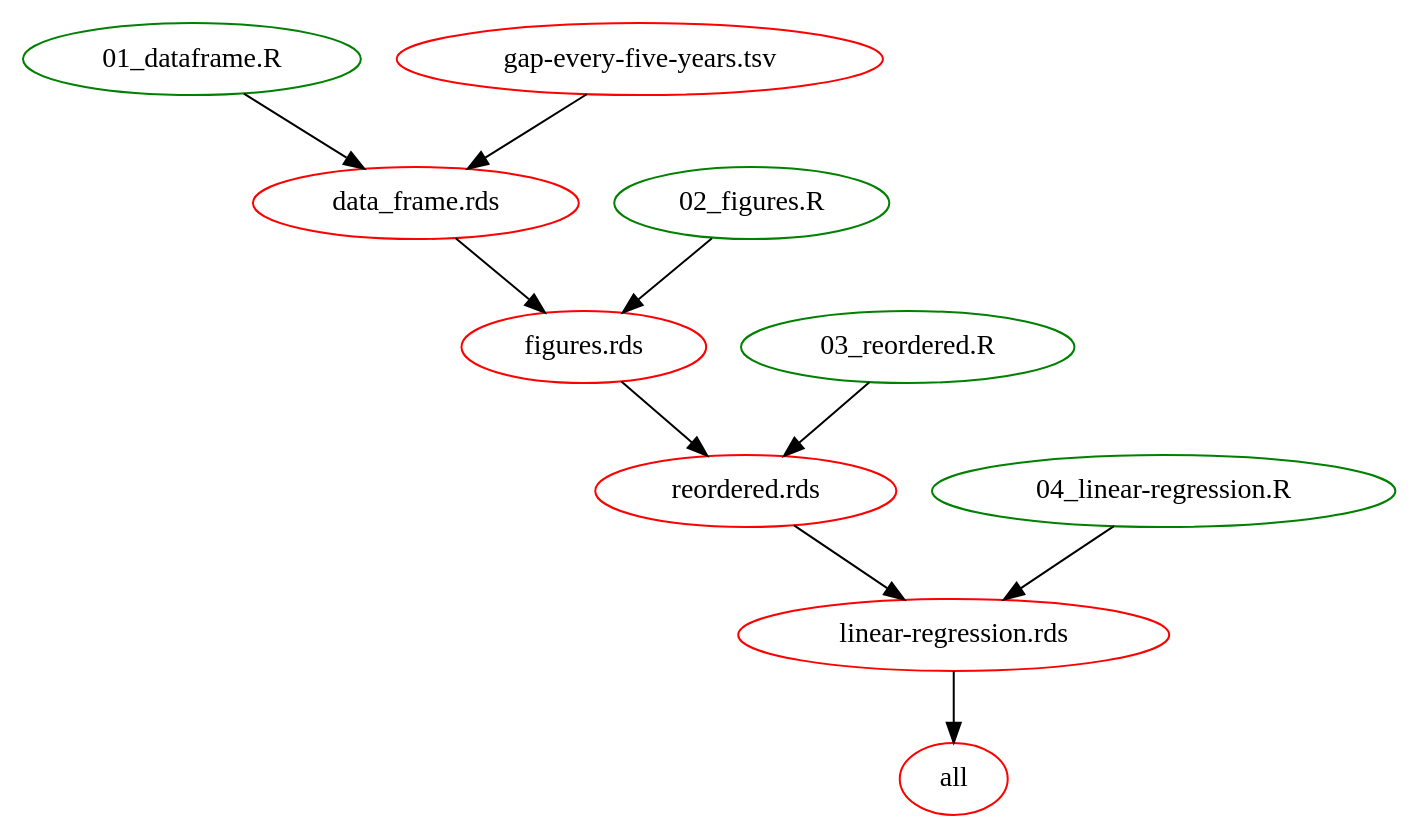
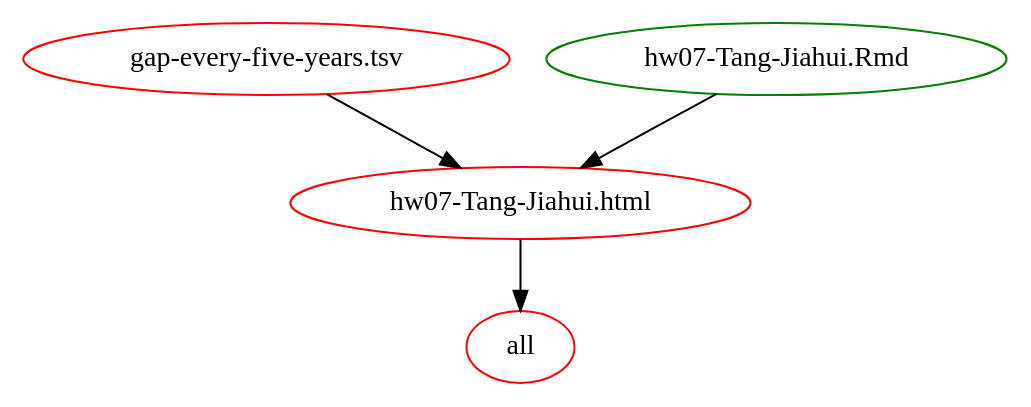
One commit to Tangjiahui26/DataAnalysisWithR changed the diagram in hw07/output.dot. Above: the diagram before and after it, drawn with Graphviz. The commit also changed 18 other files, not shown here.

```diff
--- a/hw07/output.dot
+++ b/hw07/output.dot
@@ -1,21 +1,9 @@
 digraph G {
-n10[label="01_dataframe.R", color="green"];
-n8[label="02_figures.R", color="green"];
-n6[label="03_reordered.R", color="green"];
-n4[label="04_linear-regression.R", color="green"];
 n2[label="all", color="red"];
-n9[label="data_frame.rds", color="red"];
-n7[label="figures.rds", color="red"];
-n11[label="gap-every-five-years.tsv", color="red"];
-n3[label="linear-regression.rds", color="red"];
-n5[label="reordered.rds", color="red"];
+n5[label="gap-every-five-years.tsv", color="red"];
+n4[label="hw07-Tang-Jiahui.Rmd", color="green"];
+n3[label="hw07-Tang-Jiahui.html", color="red"];
 n3 -> n2 ; 
-n10 -> n9 ; 
-n11 -> n9 ; 
-n8 -> n7 ; 
-n9 -> n7 ; 
+n5 -> n3 ; 
 n4 -> n3 ; 
-n5 -> n3 ; 
-n6 -> n5 ; 
-n7 -> n5 ; 
 }
```
